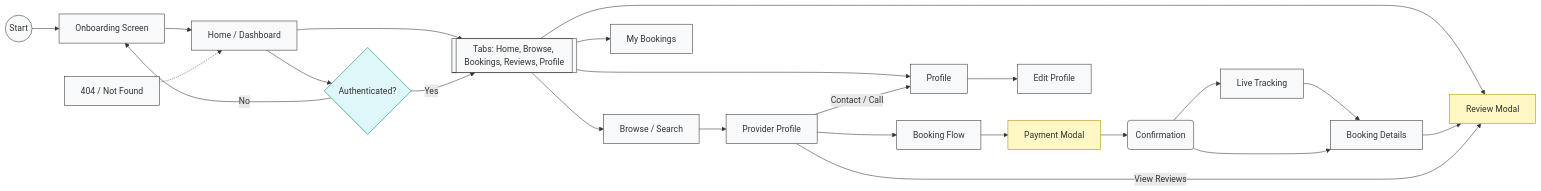
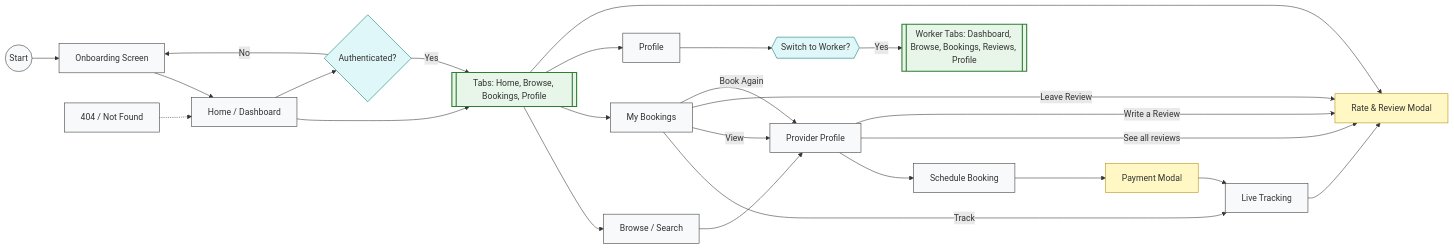
One commit to JoevinCasibua/A-yos-Project changed the diagram in docs/user-flow.md. Above: the diagram before and after it, drawn with Mermaid. The commit also changed other lines of this file and 1 other file, not shown here.

First line of the commit message:
docs: update user-flow and create worker-flow Mermaid diagrams

````diff
--- a/docs/user-flow.md
+++ b/docs/user-flow.md
@@ -18,53 +45,59 @@
 ```mermaid
 flowchart LR
   %% Nodes
   Start((Start))
   Onboarding[Onboarding Screen]
   Home[Home / Dashboard]
-  Tabs[[Tabs: Home, Browse, Bookings, Reviews, Profile]]
+  Tabs[[Tabs: Home, Browse, Bookings, Profile]]
   Search[Browse / Search]
   Provider[Provider Profile]
-  Booking[Booking Flow]
+  Booking[Schedule Booking]
   Payment[Payment Modal]
-  Confirm(Confirmation)
   Tracking[Live Tracking]
-  ReviewModal[Review Modal]
+  ReviewModal[Rate & Review Modal]
   BookingsList[My Bookings]
-  BookingDetails[Booking Details]
   ProfileScreen[Profile]
-  EditProfile[Edit Profile]
+  SwitchAccount{{Switch to Worker?}}
+  WorkerTabs[[Worker Tabs: Dashboard, Browse, Bookings, Reviews, Profile]]
   NotFound[404 / Not Found]
 
+  %% Flow
   Start --> Onboarding
   Onboarding --> Home
   Home --> Tabs
   Tabs --> Search
   Tabs --> BookingsList
+  Tabs --> ProfileScreen
   Tabs --> ReviewModal
-  Tabs --> ProfileScreen
+
   Search --> Provider
   Provider --> Booking
   Booking --> Payment
-  Payment --> Confirm
-  Confirm --> Tracking
-  Tracking --> BookingDetails
-  Confirm --> BookingDetails
-  BookingDetails --> ReviewModal
-  ProfileScreen --> EditProfile
-  Provider -->|View Reviews| ReviewModal
-  Provider -->|Contact / Call| ProfileScreen
+  Payment --> Tracking
+  Tracking --> ReviewModal
+  BookingsList -->|Track| Tracking
+  BookingsList -->|View| Provider
+  BookingsList -->|Leave Review| ReviewModal
+  BookingsList -->|Book Again| Provider
+  Provider -->|See all reviews| ReviewModal
+  Provider -->|Write a Review| ReviewModal
+  ProfileScreen --> SwitchAccount
+  SwitchAccount -->|Yes| WorkerTabs
+
   NotFound -.-> Home
 
   %% Decisions
   hasAuth{Authenticated?}
   Home --> hasAuth
   hasAuth -->|No| Onboarding
   hasAuth -->|Yes| Tabs
 
   classDef screen fill:#f8f9fa,stroke:#333,stroke-width:1px;
   classDef modal fill:#fff8c4,stroke:#b58900;
   classDef decision fill:#e0f7fa,stroke:#00796b,stroke-width:1px;
-  class Start,Onboarding,Home,Tabs,Search,Provider,Booking,Confirm,Tracking,BookingsList,BookingDetails,ProfileScreen,EditProfile,NotFound screen;
+  classDef tabgroup fill:#e8f5e9,stroke:#2e7d32,stroke-width:2px;
+  class Start,Onboarding,Home,Search,Provider,Booking,Tracking,BookingsList,ProfileScreen,NotFound screen;
   class Payment,ReviewModal modal;
-  class hasAuth decision;
+  class hasAuth,SwitchAccount decision;
+  class Tabs,WorkerTabs tabgroup;
 ```
````
